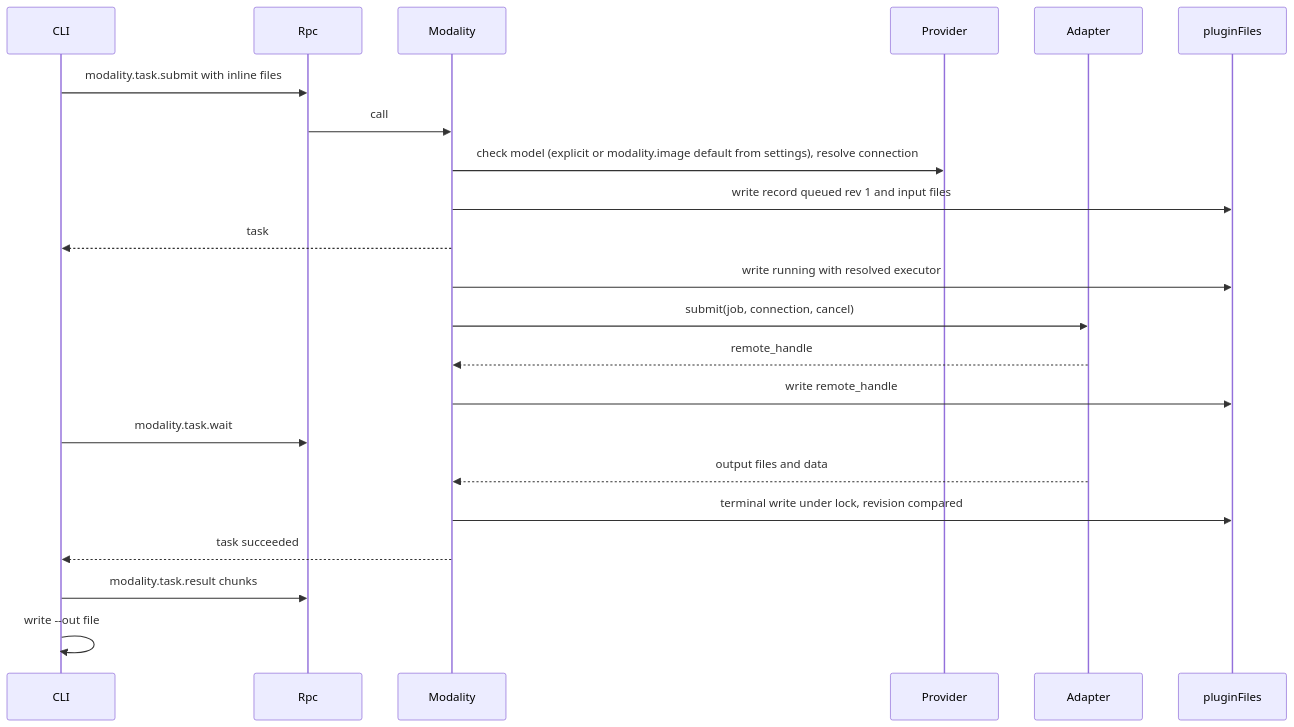
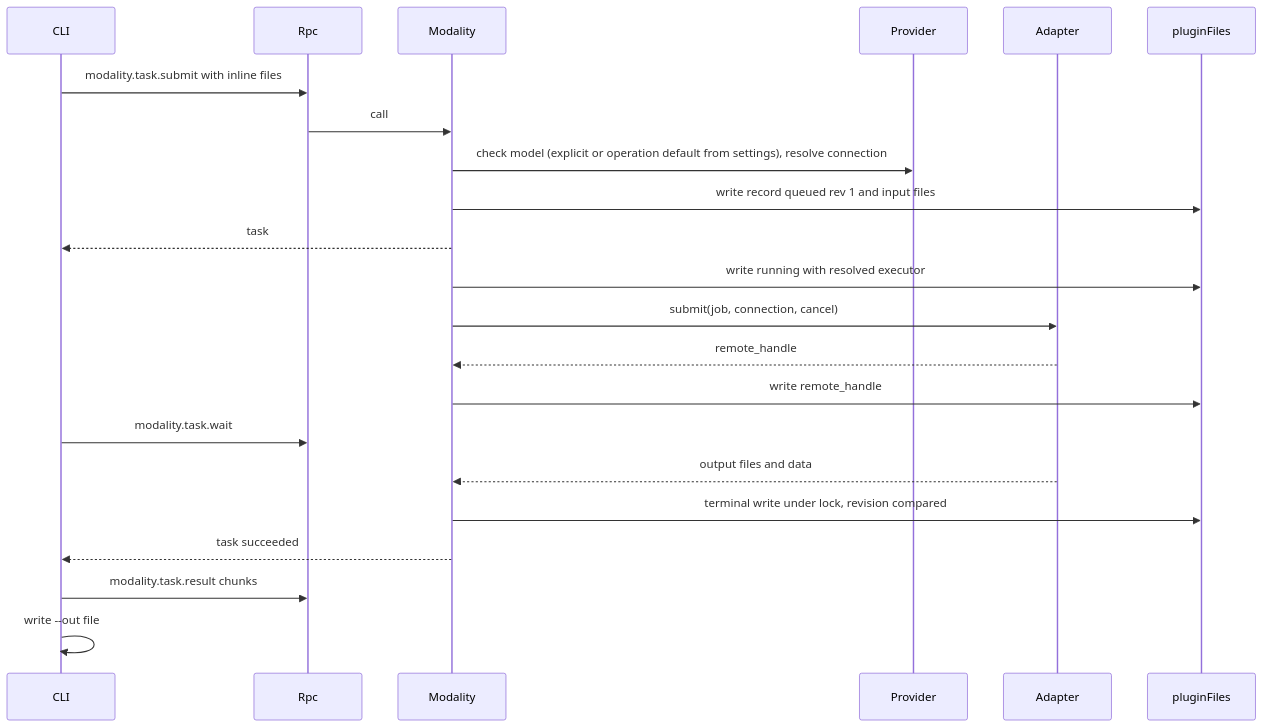
One commit to CoutinhoTTS/dim-agent changed the third of 6 diagrams in docs/design/plugins/Modality.md. Above: the diagram before and after it, drawn with Mermaid. The commit also changed other lines of this file and 1 other file, not shown here.

First line of the commit message:
docs(modality): resolve Web defaults through the owner (#737)

````diff
--- a/docs/design/plugins/Modality.md
+++ b/docs/design/plugins/Modality.md
@@ -81,24 +92,24 @@
 ```mermaid
 sequenceDiagram
   participant C as CLI
   participant R as Rpc
   participant D as Modality
   participant P as Provider
   participant A as Adapter
   participant S as pluginFiles
   C->>R: modality.task.submit with inline files
   R->>D: call
-  D->>P: check model (explicit or modality.image default from settings), resolve connection
+  D->>P: check model (explicit or operation default from settings), resolve connection
   D->>S: write record queued rev 1 and input files
   D-->>C: task
   D->>S: write running with resolved executor
   D->>A: submit(job, connection, cancel)
   A-->>D: remote_handle
   D->>S: write remote_handle
   C->>R: modality.task.wait
   A-->>D: output files and data
   D->>S: terminal write under lock, revision compared
   D-->>C: task succeeded
   C->>R: modality.task.result chunks
   C->>C: write --out file
 ```
````
